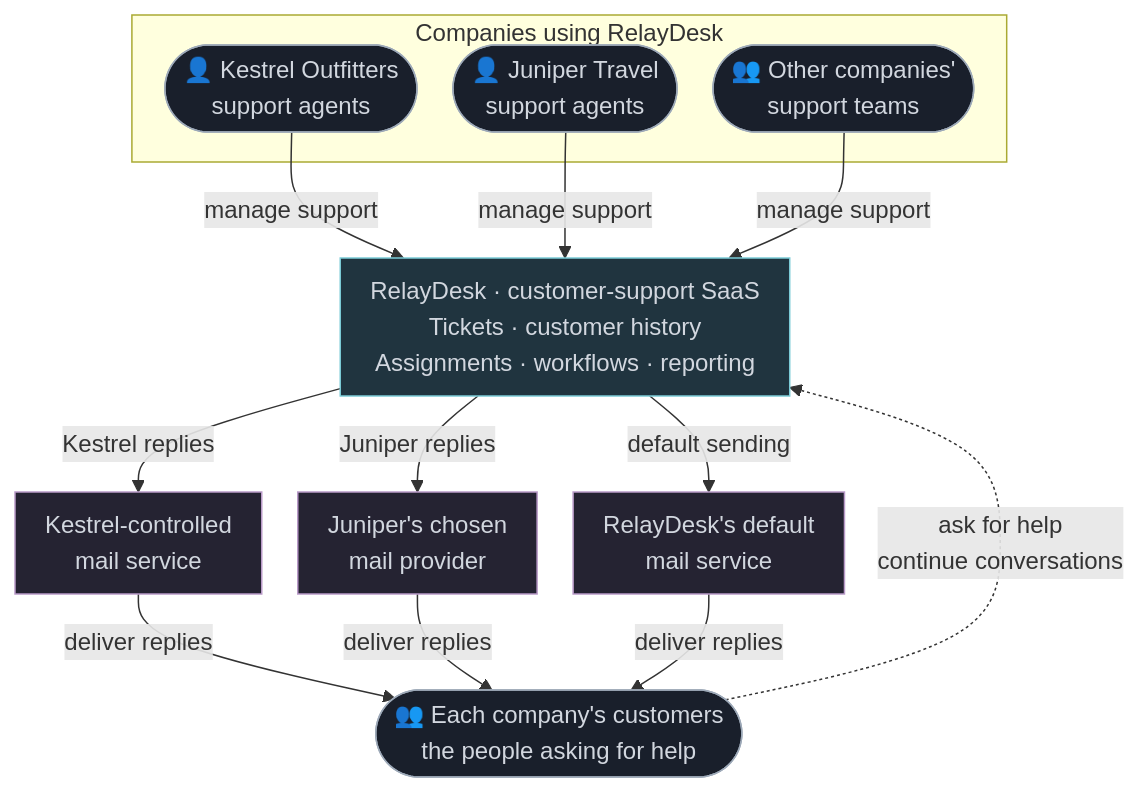
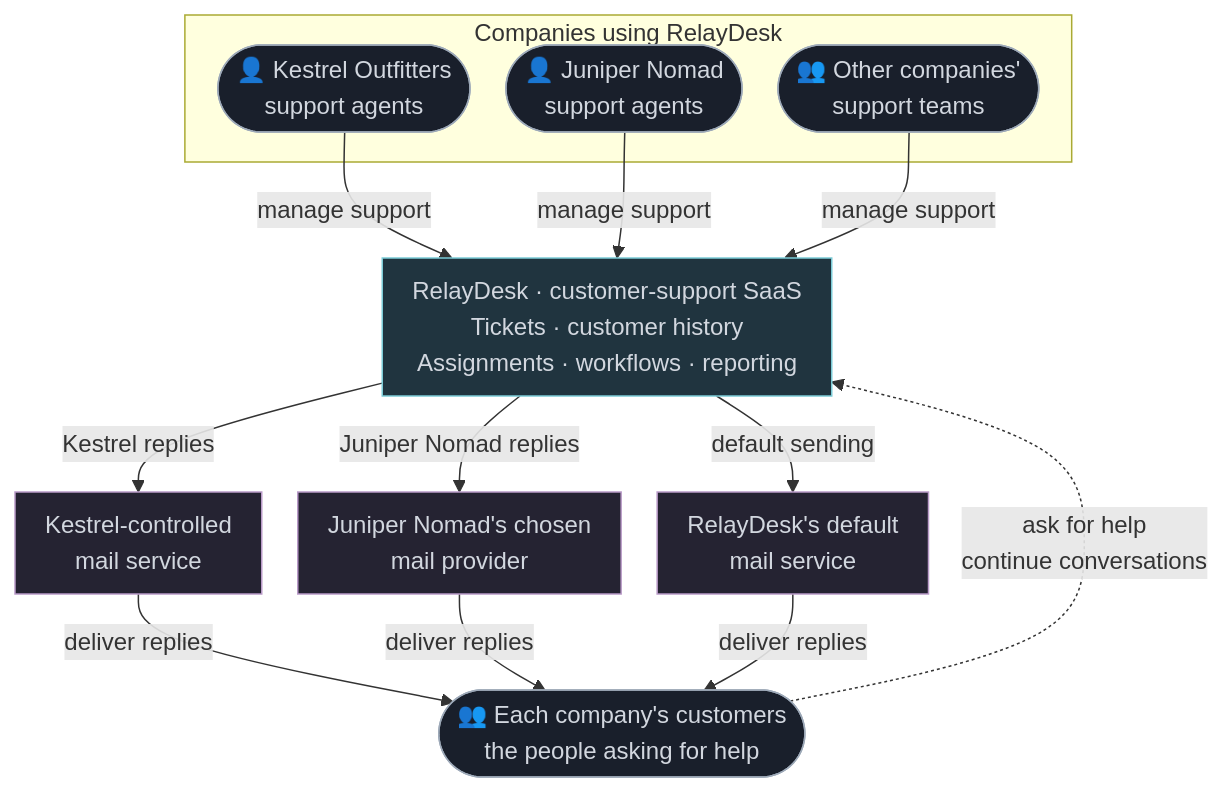
The first of 4 diagrams in src/journal/2026-09-12-everybody-brought-their-own-mail-server.md (simple-java-mail/simplejavamail.org), drawn with Mermaid before and after one commit. The commit also changed other lines of this file and 1 other file, not shown here.

Commit message:
feat(journal): enrich RelayDesk's cyberpunk setting

````diff
--- a/src/journal/2026-09-12-everybody-brought-their-own-mail-server.md
+++ b/src/journal/2026-09-12-everybody-brought-their-own-mail-server.md
@@ -36,37 +42,37 @@
 ```mermaid
 %%{init: { "flowchart": { "padding": 10, "wrappingWidth": 280, "nodeSpacing": 24, "rankSpacing": 40 } } }%%
 flowchart TB
     accTitle: RelayDesk connects support teams with the people they help
-    accDescr: Kestrel Outfitters, Juniper Travel and other companies use RelayDesk to manage support conversations, customer history, assignments, workflows and reporting. Their customers ask for help and continue those conversations. Outgoing email replies travel through each company's approved mail service: Kestrel-controlled servers, Juniper's chosen provider or RelayDesk's default service. This view shows the product and its external relationships, not its internal sending implementation.
+    accDescr: Kestrel Outfitters, Juniper Nomad and other companies use RelayDesk to manage support conversations, customer history, assignments, workflows and reporting. Their customers ask for help and continue those conversations. Outgoing email replies travel through each company's approved mail service: Kestrel-controlled servers, Juniper Nomad's chosen provider or RelayDesk's default service. This view shows the product and its external relationships, not its internal sending implementation.
 
     subgraph teams["Companies using RelayDesk"]
         kestrelAgents(["👤 Kestrel Outfitters<br/>support agents"])
-        juniperAgents(["👤 Juniper Travel<br/>support agents"])
+        juniperAgents(["👤 Juniper Nomad<br/>support agents"])
         otherAgents(["👥 Other companies'<br/>support teams"])
     end
 
     relaydesk["RelayDesk · customer-support SaaS<br/>Tickets · customer history<br/>Assignments · workflows · reporting"]
 
     kestrelMail["Kestrel-controlled<br/>mail service"]
-    juniperMail["Juniper's chosen<br/>mail provider"]
+    juniperMail["Juniper Nomad's chosen<br/>mail provider"]
     defaultMail["RelayDesk's default<br/>mail service"]
     customers(["👥 Each company's customers<br/>the people asking for help"])
 
     kestrelAgents -->|manage support| relaydesk
     juniperAgents -->|manage support| relaydesk
     otherAgents -->|manage support| relaydesk
     relaydesk -->|Kestrel replies| kestrelMail
-    relaydesk -->|Juniper replies| juniperMail
+    relaydesk -->|Juniper Nomad replies| juniperMail
     relaydesk -->|default sending| defaultMail
     kestrelMail -->|deliver replies| customers
     juniperMail -->|deliver replies| customers
     defaultMail -->|deliver replies| customers
     customers -.->|ask for help<br/>continue conversations| relaydesk
 
     classDef person fill:#191F2B,stroke:#9DA9B8,color:#D2D7DF
     classDef product fill:#20343F,stroke:#7BCBD6,color:#D2D7DF
     classDef external fill:#252332,stroke:#B99AC8,color:#D2D7DF
     class kestrelAgents,juniperAgents,otherAgents,customers person
     class relaydesk product
     class kestrelMail,juniperMail,defaultMail external
 ```
````
